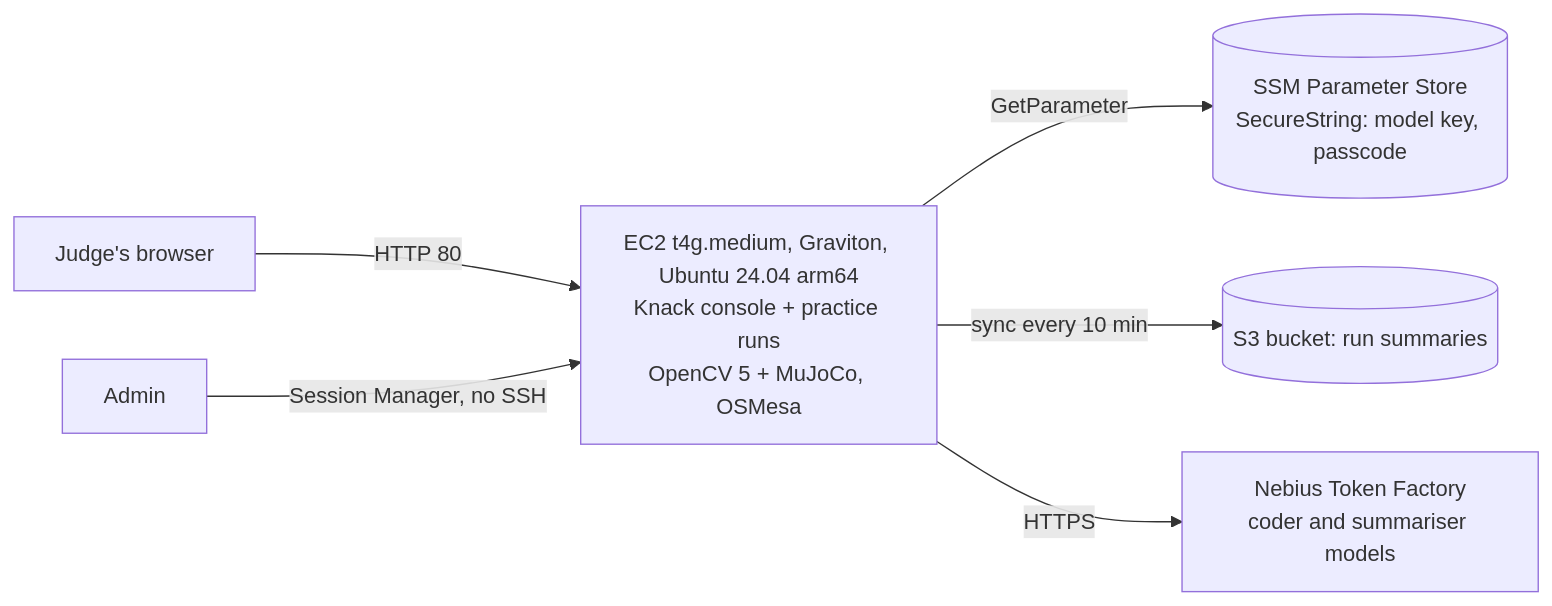
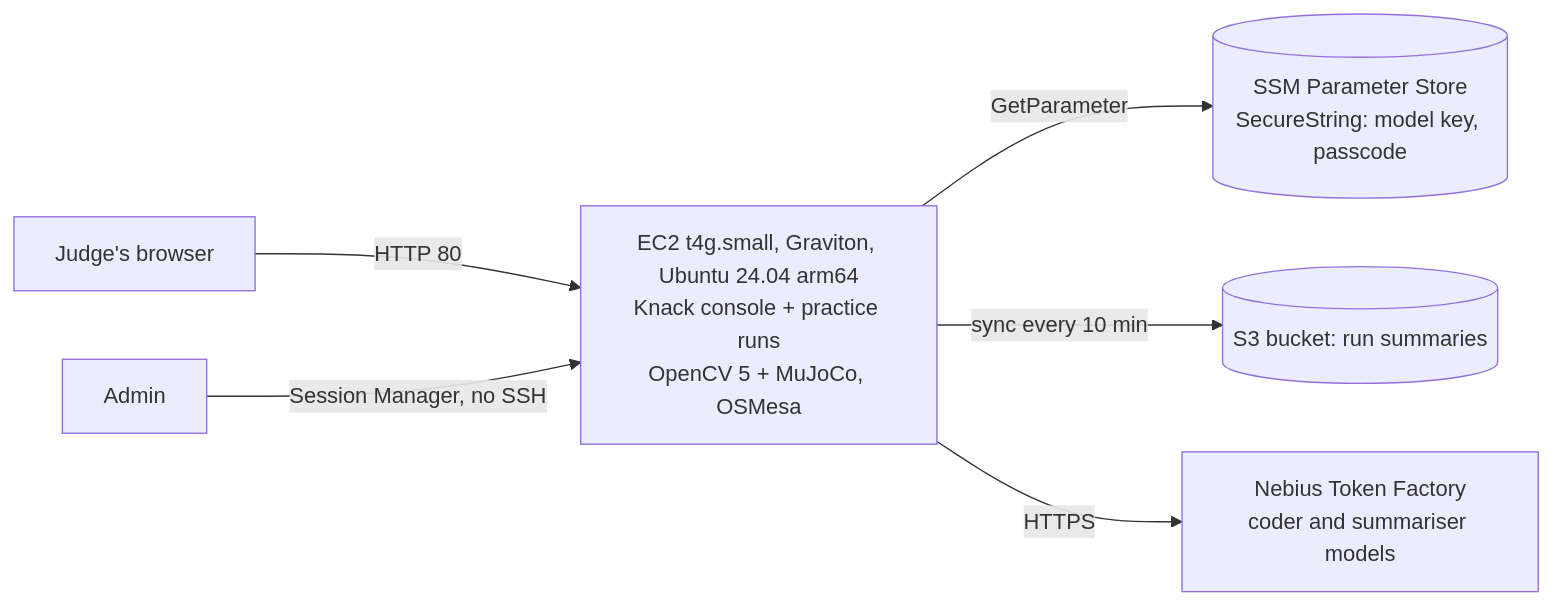
One commit to su0as/knack changed the second of 2 diagrams in docs/OPENCV_REPORT.md. Above: the diagram before and after it, drawn with Mermaid. The commit also changed 2 other files, not shown here.

Commit message:
AWS deploy: Free-plan t4g.small, swap, code from private S3 tarball (no GitHub token on the instance)

````diff
--- a/docs/OPENCV_REPORT.md
+++ b/docs/OPENCV_REPORT.md
@@ -66,8 +66,8 @@
 ```mermaid
 flowchart LR
-  J[Judge's browser] -->|HTTP 80| EC2[EC2 t4g.medium, Graviton, Ubuntu 24.04 arm64<br/>Knack console + practice runs<br/>OpenCV 5 + MuJoCo, OSMesa]
+  J[Judge's browser] -->|HTTP 80| EC2[EC2 t4g.small, Graviton, Ubuntu 24.04 arm64<br/>Knack console + practice runs<br/>OpenCV 5 + MuJoCo, OSMesa]
   EC2 -->|GetParameter| SSM[(SSM Parameter Store<br/>SecureString: model key, passcode)]
   EC2 -->|sync every 10 min| S3[(S3 bucket: run summaries)]
   EC2 -->|HTTPS| TF[Nebius Token Factory<br/>coder and summariser models]
   Admin -->|Session Manager, no SSH| EC2
 ```
````
